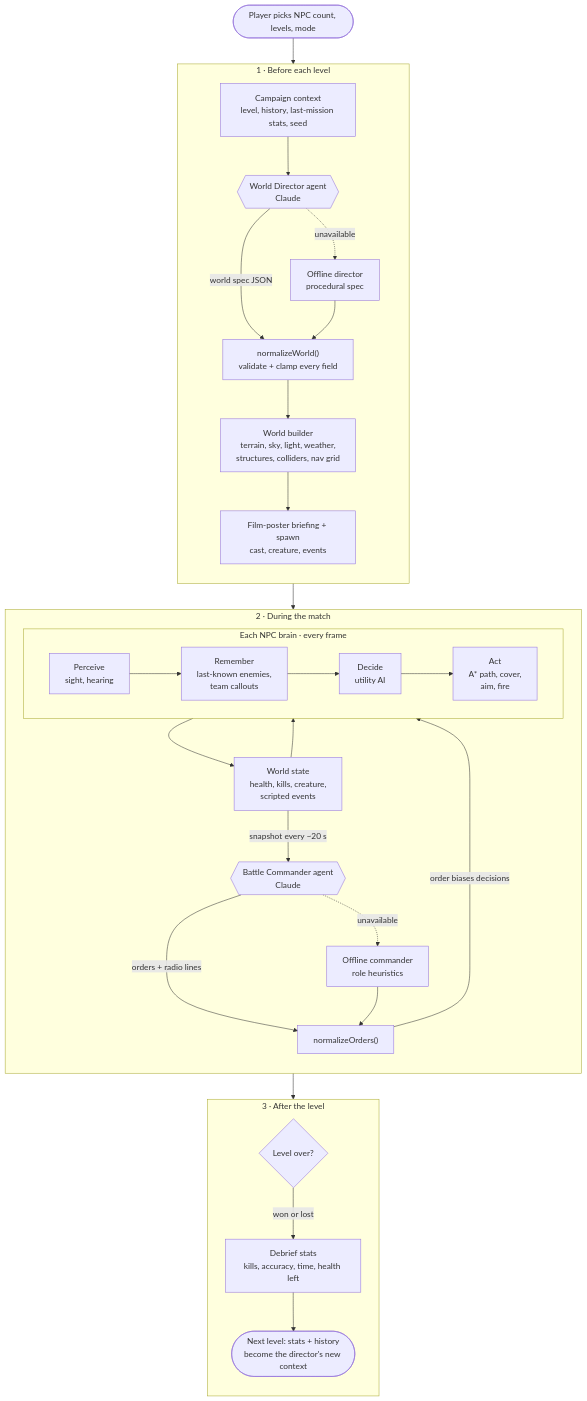
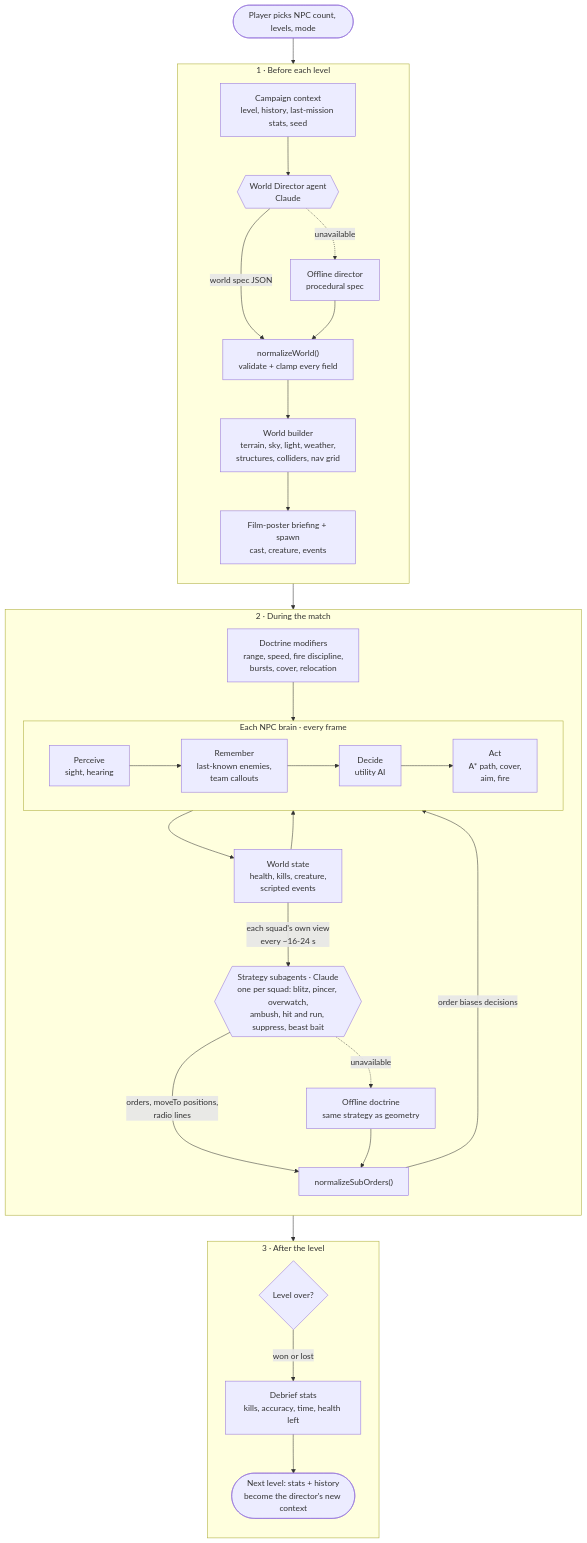
The first of 2 diagrams in README.md (jyothishankit/agentic-ai-world-builder), drawn with Mermaid before and after one commit. The commit also changed other lines of this file and 7 other files, not shown here.

First line of the commit message:
Fix invisible NPCs; add per-squad strategy subagents

````diff
--- a/README.md
+++ b/README.md
@@ -23,36 +37,37 @@
 ```mermaid
 flowchart TB
     START(["Player picks NPC count, levels, mode"]) --> CTX
 
     subgraph PRE["1 · Before each level"]
         direction TB
         CTX["Campaign context<br/>level, history, last-mission stats, seed"] --> DIR{{"World Director agent<br/>Claude"}}
         DIR -->|world spec JSON| NW["normalizeWorld()<br/>validate + clamp every field"]
         DIR -. unavailable .-> OFF1["Offline director<br/>procedural spec"] --> NW
         NW --> WB["World builder<br/>terrain, sky, light, weather,<br/>structures, colliders, nav grid"]
         WB --> POS["Film-poster briefing + spawn<br/>cast, creature, events"]
     end
 
     POS --> PER
 
     subgraph MATCH["2 · During the match"]
         direction TB
         subgraph BRAIN["Each NPC brain · every frame"]
             direction LR
             PER["Perceive<br/>sight, hearing"] --> MEM["Remember<br/>last-known enemies,<br/>team callouts"] --> DEC["Decide<br/>utility AI"] --> ACT["Act<br/>A* path, cover,<br/>aim, fire"]
         end
         ACT --> WS["World state<br/>health, kills, creature,<br/>scripted events"]
         WS --> PER
-        WS -->|snapshot every ~20 s| CMD{{"Battle Commander agent<br/>Claude"}}
-        CMD -->|orders + radio lines| NO["normalizeOrders()"]
-        CMD -. unavailable .-> OFF2["Offline commander<br/>role heuristics"] --> NO
+        WS -->|"each squad's own view<br/>every ~16-24 s"| SUB{{"Strategy subagents · Claude<br/>one per squad: blitz, pincer, overwatch,<br/>ambush, hit and run, suppress, beast bait"}}
+        SUB -->|"orders, moveTo positions,<br/>radio lines"| NO["normalizeSubOrders()"]
+        SUB -. unavailable .-> OFF2["Offline doctrine<br/>same strategy as geometry"] --> NO
         NO -->|order biases decisions| DEC
+        DOC["Doctrine modifiers<br/>range, speed, fire discipline,<br/>bursts, cover, relocation"] --> DEC
     end
 
     WS --> END{"Level over?"}
     subgraph POST["3 · After the level"]
         direction TB
         END -->|won or lost| STATS["Debrief stats<br/>kills, accuracy, time, health left"]
         STATS --> NEXT(["Next level: stats + history<br/>become the director's new context"])
     end
 ```
````
